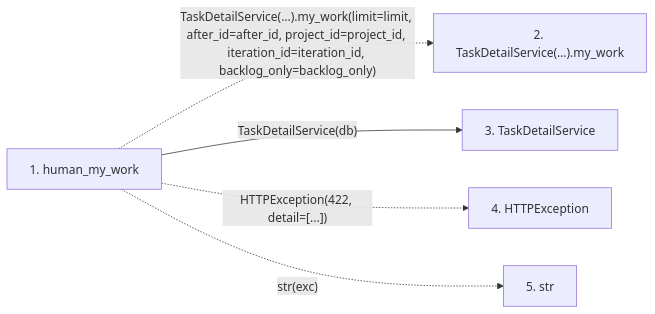
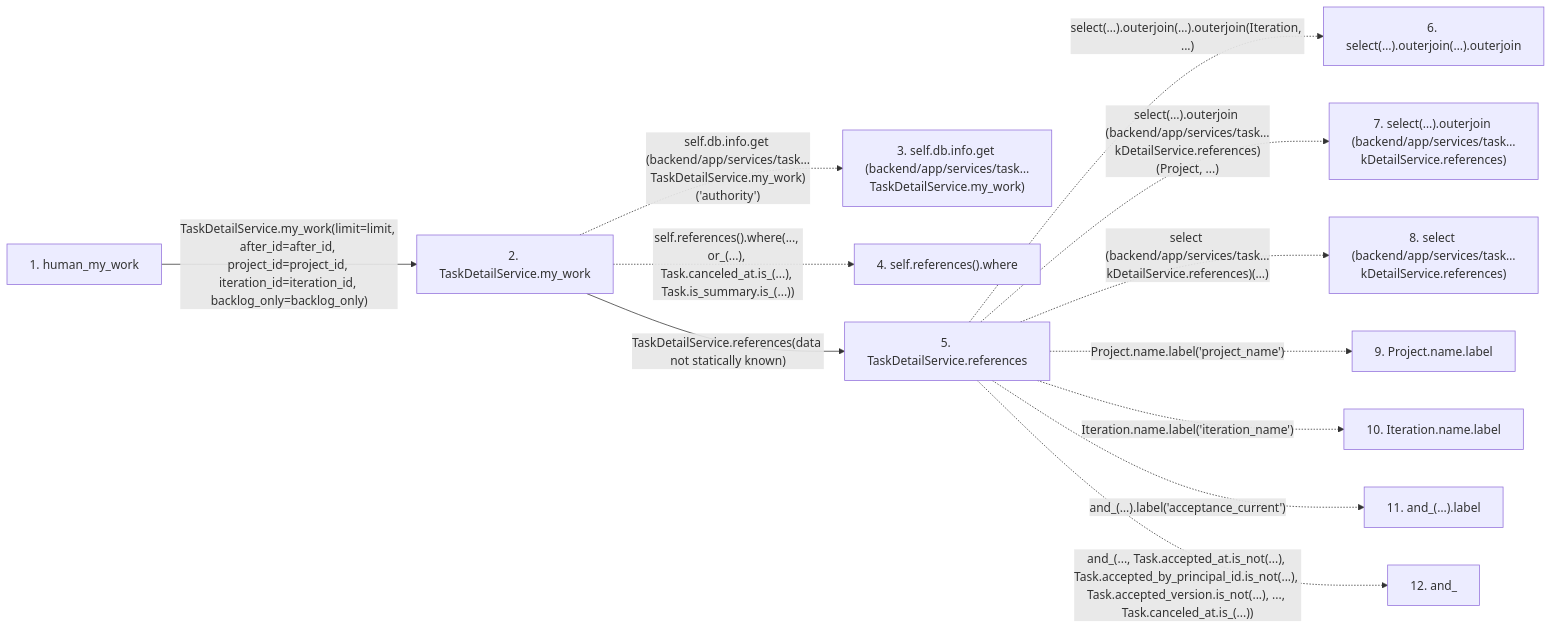
One commit to Denissvgn/WorkChord changed the second of 2 diagrams in docs/llm_wiki/flows/http-human_my_work.md. Above: the diagram before and after it, drawn with Mermaid. The commit also changed other lines of this file and 25171 other files, not shown here.

````diff
--- a/docs/llm_wiki/flows/http-human_my_work.md
+++ b/docs/llm_wiki/flows/http-human_my_work.md
@@ -26,14 +151,29 @@
 ```mermaid
 flowchart LR
     s1["1. human_my_work"]
-    s2["2. TaskDetailService(…).my_work"]
-    s3["3. TaskDetailService"]
-    s4["4. HTTPException"]
-    s5["5. str"]
-    s1 -. "TaskDetailService(…).my_work(limit=limit, after_id=after_id, project_id=project_id, iteration_id=iteration_id, backlog_only=backlog_only)" .-> s2
-    s1 -->|"TaskDetailService(db)"| s3
-    s1 -. "HTTPException(422, detail=[...])" .-> s4
-    s1 -. "str(exc)" .-> s5
+    s2["2. TaskDetailService.my_work"]
+    s3["3. self.db.info.get (backend/app/services/task…TaskDetailService.my_work)"]
+    s4["4. self.references().where"]
+    s5["5. TaskDetailService.references"]
+    s6["6. select(…).outerjoin(…).outerjoin"]
+    s7["7. select(…).outerjoin (backend/app/services/task…kDetailService.references)"]
+    s8["8. select (backend/app/services/task…kDetailService.references)"]
+    s9["9. Project.name.label"]
+    s10["10. Iteration.name.label"]
+    s11["11. and_(…).label"]
+    s12["12. and_"]
+    s1 -->|"TaskDetailService.my_work(limit=limit, after_id=after_id, project_id=project_id, iteration_id=iteration_id, backlog_only=backlog_only)"| s2
+    s2 -. "self.db.info.get (backend/app/services/task…TaskDetailService.my_work)('authority')" .-> s3
+    s2 -. "self.references().where(..., or_(...), Task.canceled_at.is_(...), Task.is_summary.is_(...))" .-> s4
+    s2 -->|"TaskDetailService.references(data not statically known)"| s5
+    s5 -. "select(…).outerjoin(…).outerjoin(Iteration, ...)" .-> s6
+    s5 -. "select(…).outerjoin (backend/app/services/task…kDetailService.references)(Project, ...)" .-> s7
+    s5 -. "select (backend/app/services/task…kDetailService.references)(…)" .-> s8
+    s5 -. "Project.name.label('project_name')" .-> s9
+    s5 -. "Iteration.name.label('iteration_name')" .-> s10
+    s5 -. "and_(…).label('acceptance_current')" .-> s11
+    s5 -. "and_(..., Task.accepted_at.is_not(...), Task.accepted_by_principal_id.is_not(...), Task.accepted_version.is_not(...), ..., Task.canceled_at.is_(...))" .-> s12
     click s1 "../modules/routers_task_domain.md"
-    click s3 "../modules/task_detail_service.md"
+    click s2 "../modules/task_detail_service.md"
+    click s5 "../modules/task_detail_service.md"
 ```
````
